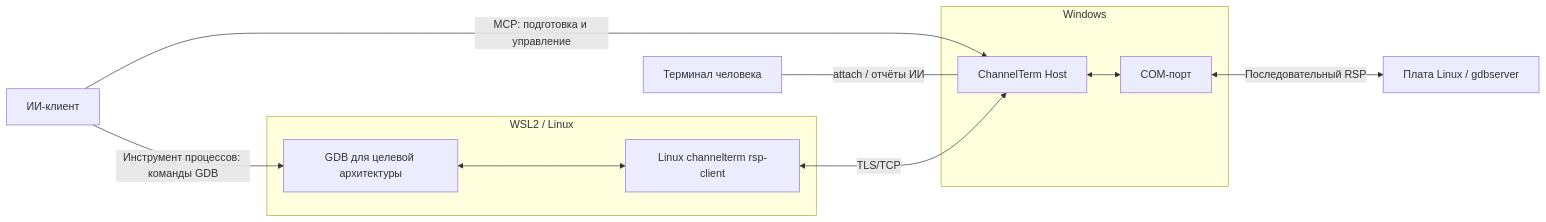
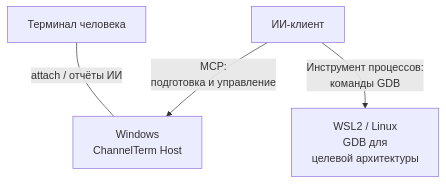
One commit to akira-init1/ChannelTerm changed the first of 3 diagrams in README.ru.md. Above: the diagram before and after it, drawn with Mermaid. The commit also changed other lines of this file and 13 other files, not shown here.

First line of the commit message:
docs(diagrams): clarify shared terminal and debugger data flows

````diff
--- a/README.ru.md
+++ b/README.ru.md
@@ -255,21 +257,10 @@
 ```mermaid
-flowchart LR
+flowchart TB
     AI["ИИ-клиент"]
     Human["Терминал человека"]
-    subgraph Windows
-        Host["ChannelTerm Host"]
-        COM["COM-порт"]
-        Host <--> COM
-    end
-    subgraph WSL2["WSL2 / Linux"]
-        GDB["GDB для целевой архитектуры"]
-        Helper["Linux channelterm rsp-client"]
-        GDB <--> Helper
-    end
-    Board["Плата Linux / gdbserver"]
-    AI -->|"MCP: подготовка и управление"| Host
-    AI -->|"Инструмент процессов: команды GDB"| GDB
+    Host["Windows<br/>ChannelTerm Host"]
+    GDB["WSL2 / Linux<br/>GDB для<br/>целевой архитектуры"]
+    AI -->|"MCP:<br/>подготовка и управление"| Host
+    AI -->|"Инструмент процессов:<br/>команды GDB"| GDB
     Human ---|"attach / отчёты ИИ"| Host
-    Helper <-->|"TLS/TCP"| Host
-    COM <-->|"Последовательный RSP"| Board
 ```
````
